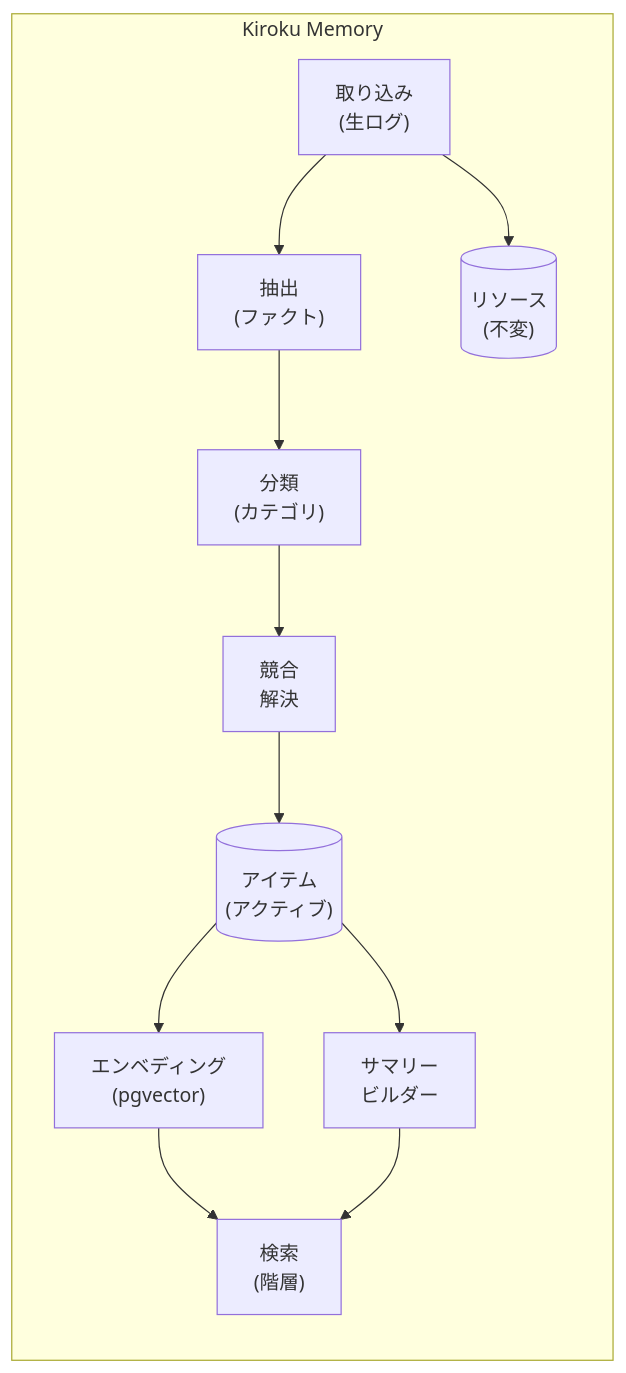
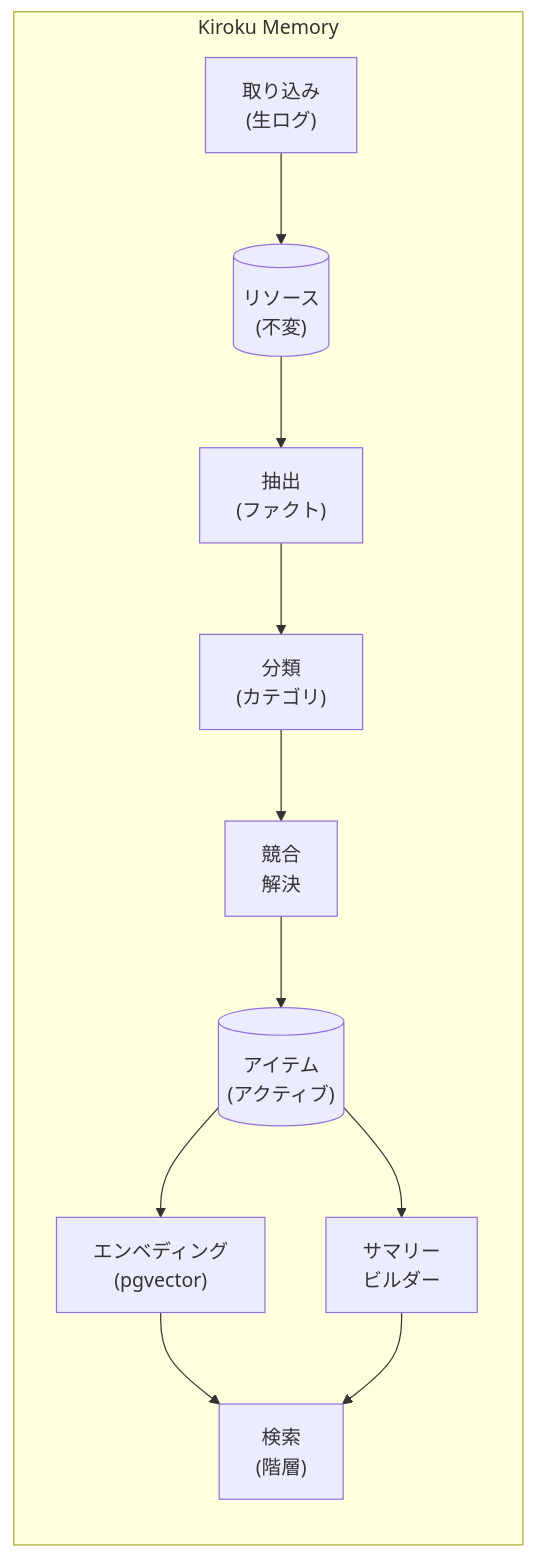
The diagram in README.ja.md (yelban/kiroku-memory), drawn with Mermaid before and after one commit. The commit also changed 2 other files, not shown here.

Commit message:
Fix architecture diagram to match actual code flow
- Ingest writes to Resources (not directly to Extract)
- Extract reads from Resources
- Linear flow: Resources → Extract → Classify → Conflict → Items

````diff
--- a/README.ja.md
+++ b/README.ja.md
@@ -40,19 +40,19 @@
 ```mermaid
 flowchart TB
     subgraph KM["Kiroku Memory"]
         direction TB
 
-        Ingest["取り込み<br/>(生ログ)"] --> Extract["抽出<br/>(ファクト)"]
+        Ingest["取り込み<br/>(生ログ)"] --> Resources[("リソース<br/>(不変)")]
+
+        Resources --> Extract["抽出<br/>(ファクト)"]
         Extract --> Classify["分類<br/>(カテゴリ)"]
         Classify --> Conflict["競合<br/>解決"]
-
-        Ingest --> Resources[("リソース<br/>(不変)")]
         Conflict --> Items[("アイテム<br/>(アクティブ)")]
 
         Items --> Embeddings["エンベディング<br/>(pgvector)"]
         Items --> Summary["サマリー<br/>ビルダー"]
 
         Embeddings --> Retrieve["検索<br/>(階層)"]
         Summary --> Retrieve
     end
 ```
````
